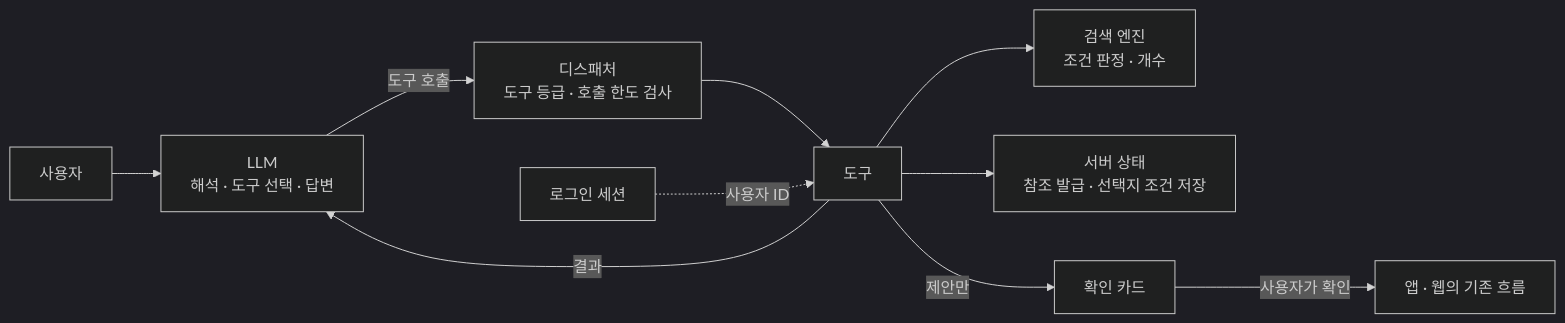
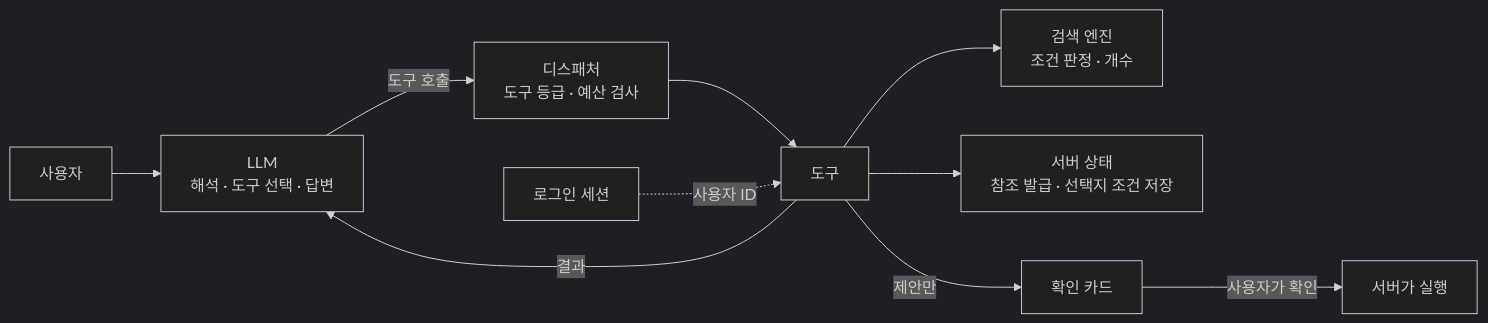
The second of 6 diagrams in content/blog/architecture/real-estate-integrated-agent.ko.md (12OneTwo12/12OneTwo12.github.io), drawn with Mermaid (dark theme) before and after one commit. The commit also changed other lines of this file and 1 other file, not shown here.

````diff
--- a/content/blog/architecture/real-estate-integrated-agent.ko.md
+++ b/content/blog/architecture/real-estate-integrated-agent.ko.md
@@ -107,12 +105,12 @@
 ```mermaid
 flowchart LR
     U["사용자"] --> LLM["LLM<br/>해석 · 도구 선택 · 답변"]
-    LLM -->|도구 호출| D["디스패처<br/>도구 등급 · 호출 한도 검사"]
+    LLM -->|도구 호출| D["디스패처<br/>도구 등급 · 예산 검사"]
     D --> T["도구"]
     SS["로그인 세션"] -.->|사용자 ID| T
     T --> SE["검색 엔진<br/>조건 판정 · 개수"]
     T --> ST["서버 상태<br/>참조 발급 · 선택지 조건 저장"]
     T -->|결과| LLM
     T -->|제안만| C["확인 카드"]
-    C -->|사용자가 확인| APP["앱 · 웹의 기존 흐름"]
+    C -->|사용자가 확인| EX["서버가 실행"]
 ```
````
